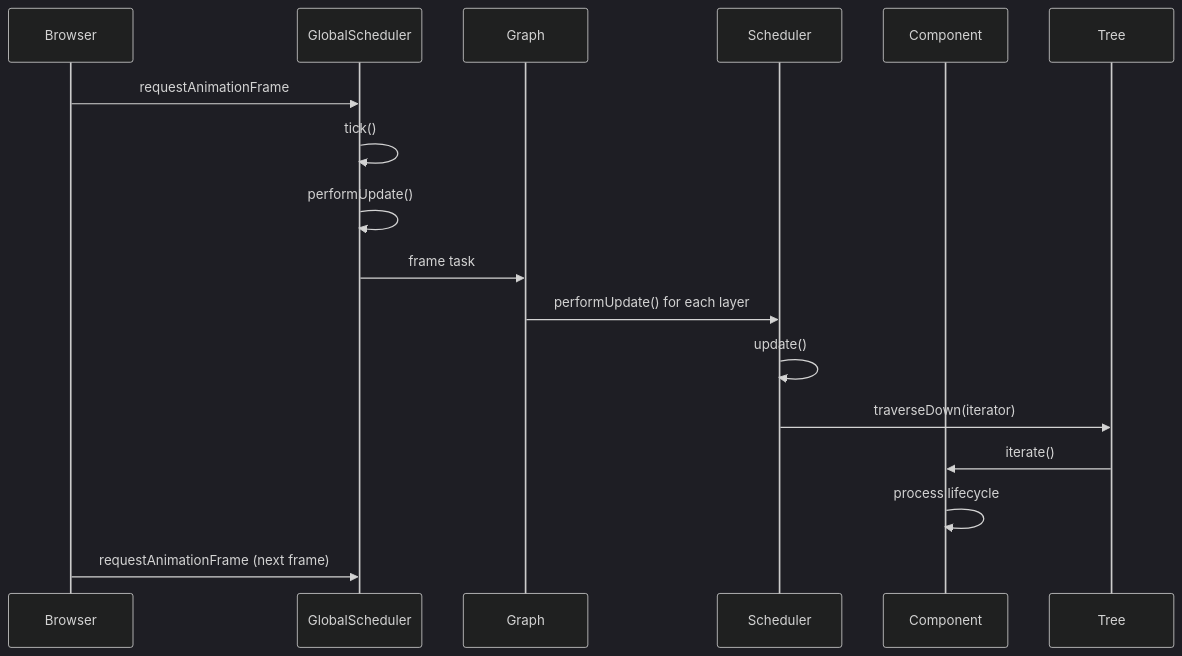
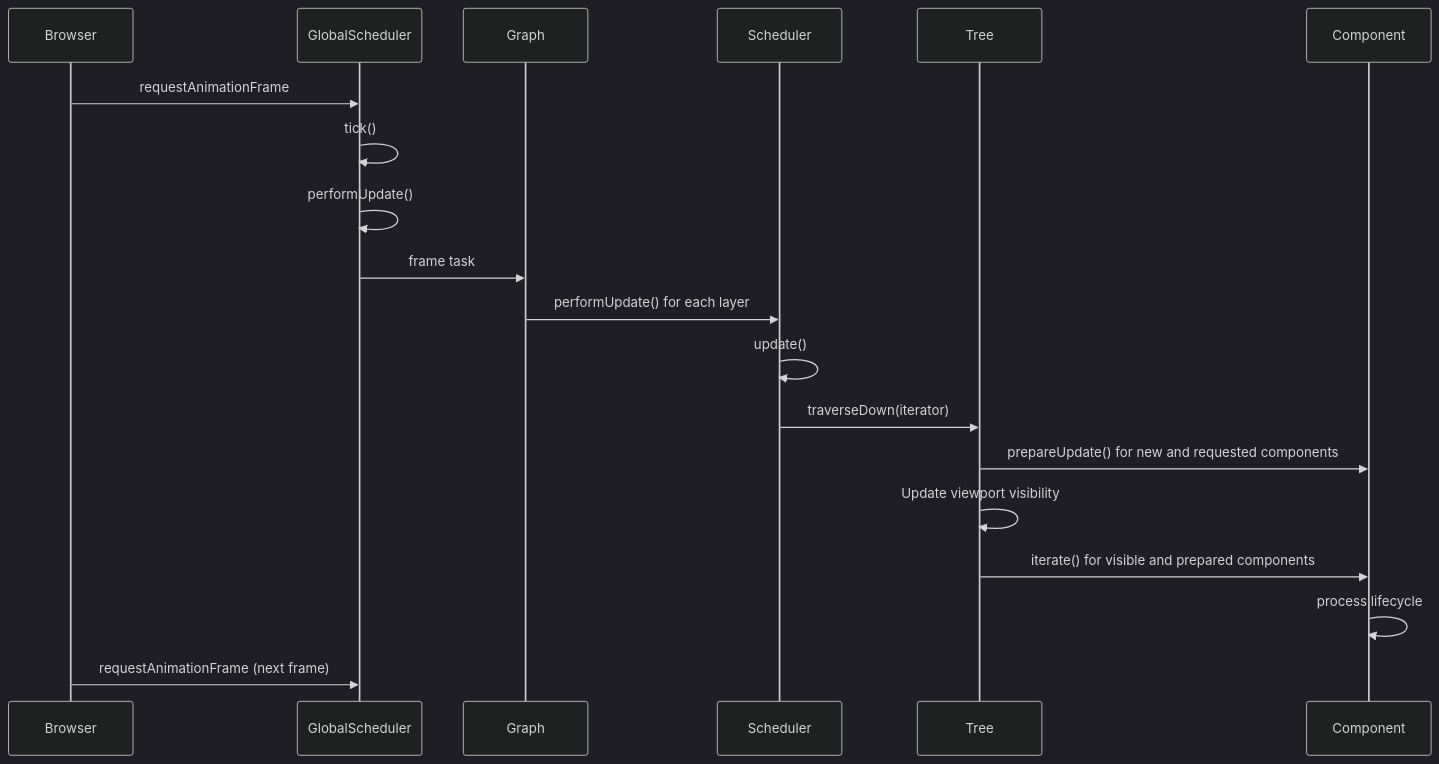
The second of 7 diagrams in packages/graph/docs/system/scheduler-system.md (gravity-ui/graph), drawn with Mermaid (dark theme) before and after one commit. The commit also changed other lines of this file and 84 other files, not shown here.

First line of the commit message:
feat(graph)!: cull canvas components by the viewport in the layer tree (#432)

````diff
--- a/packages/graph/docs/system/scheduler-system.md
+++ b/packages/graph/docs/system/scheduler-system.md
@@ -101,19 +101,22 @@
 ```mermaid
 sequenceDiagram
     participant Browser
     participant GlobalScheduler
     participant Graph
     participant Scheduler
+    participant Tree
     participant Component
     
     Browser->>GlobalScheduler: requestAnimationFrame
     GlobalScheduler->>GlobalScheduler: tick()
     GlobalScheduler->>GlobalScheduler: performUpdate()
     GlobalScheduler->>Graph: frame task
     Graph->>Scheduler: performUpdate() for each layer
     Scheduler->>Scheduler: update()
     Scheduler->>Tree: traverseDown(iterator)
-    Tree->>Component: iterate()
+    Tree->>Component: prepareUpdate() for new and requested components
+    Tree->>Tree: Update viewport visibility
+    Tree->>Component: iterate() for visible and prepared components
     Component->>Component: process lifecycle
     Browser->>GlobalScheduler: requestAnimationFrame (next frame)
 ```
````
